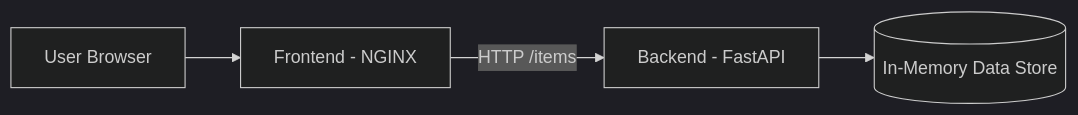
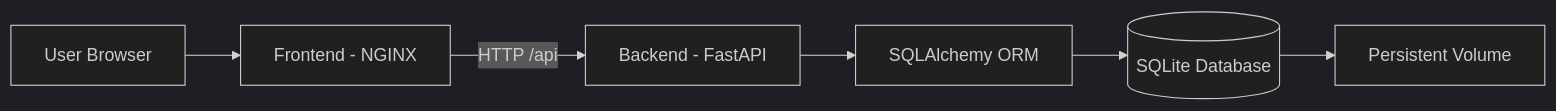
The diagram in README.md (goldenbutter/microservice-demo), drawn with Mermaid (dark theme) before and after one commit. The commit also changed other lines of this file and 13 other files, not shown here.

````diff
--- a/README.md
+++ b/README.md
@@ -39,6 +43,8 @@
 ```mermaid
 flowchart LR
     A[User Browser] --> B[Frontend - NGINX]
-    B -->|HTTP /items| C[Backend - FastAPI]
-    C --> D[(In-Memory Data Store)]
+    B -->|HTTP /api| C[Backend - FastAPI]
+    C --> D[SQLAlchemy ORM]
+    D --> E[(SQLite Database)]
+    E --> F[Persistent Volume]
 ```
````
